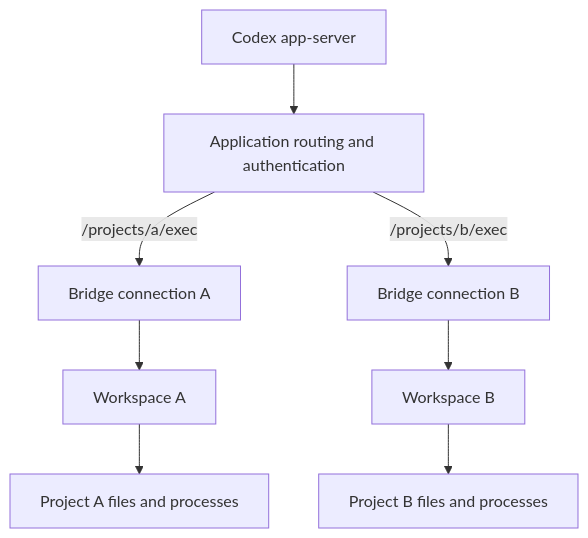
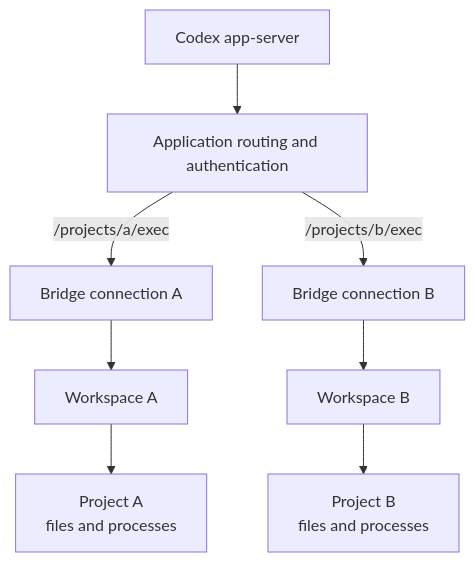
Before and after one commit to Wh1isper/ohkit: the diagram in docs/examples/application-hosted-executor.md, drawn with Mermaid. The commit also changed 35 other files, not shown here.

Commit message:
feat(docs): add a refined documentation site with rendered diagrams (#5)

````diff
--- a/docs/examples/application-hosted-executor.md
+++ b/docs/examples/application-hosted-executor.md
@@ -12,10 +12,12 @@
 ```mermaid
 flowchart TD
+    accTitle: Application-hosted executor routing
+    accDescr: Codex app-server connects through application routing and authentication to independent bridge connections for projects A and B. Each connection uses its project's Workspace for files and processes.
     Codex[Codex app-server] --> Routes[Application routing and authentication]
     Routes -->|/projects/a/exec| A[Bridge connection A]
     Routes -->|/projects/b/exec| B[Bridge connection B]
     A --> WA[Workspace A]
     B --> WB[Workspace B]
-    WA --> PA[Project A files and processes]
-    WB --> PB[Project B files and processes]
+    WA --> PA[Project A<br/>files and processes]
+    WB --> PB[Project B<br/>files and processes]
 ```
````
